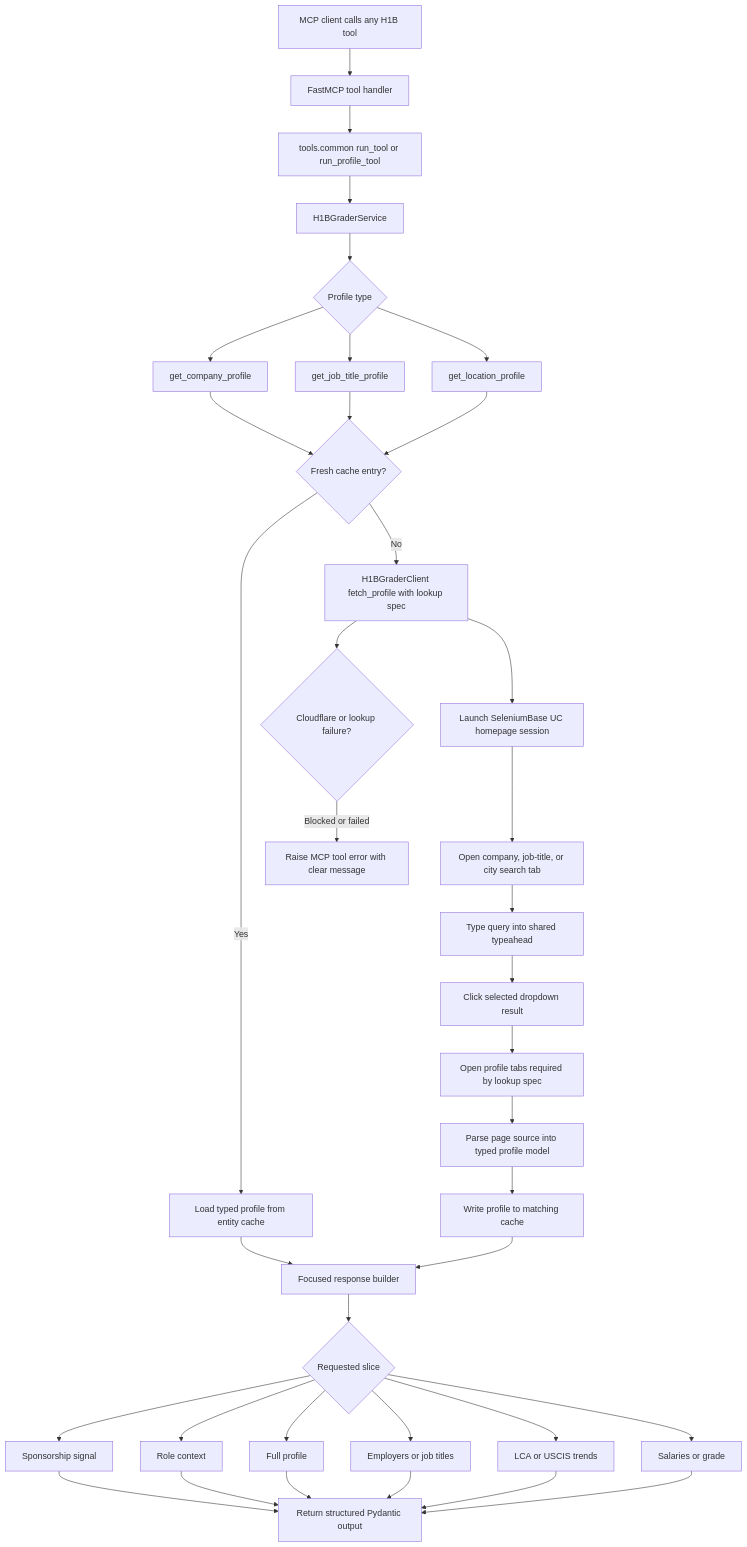
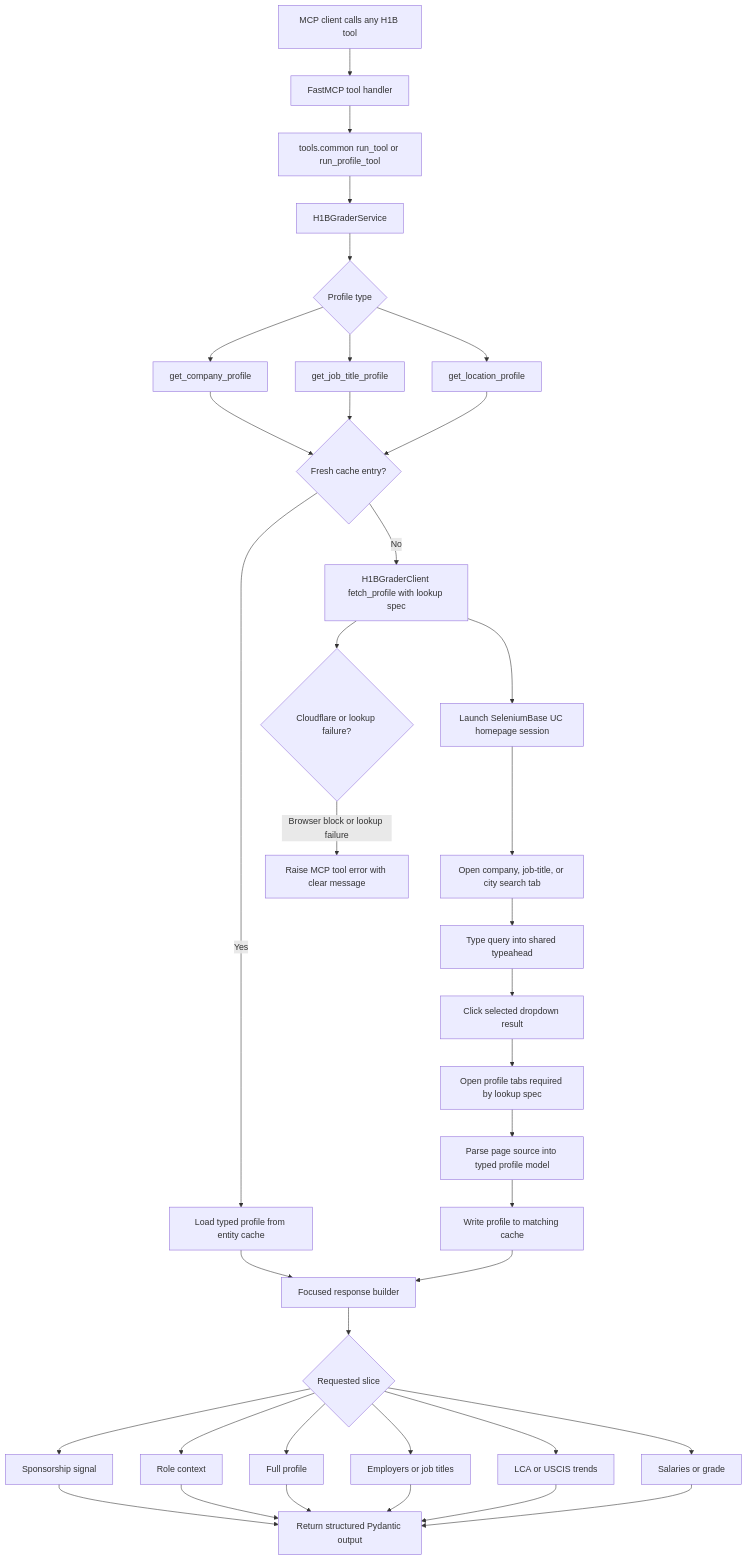
One commit to Blacksuan19/h1b-mcp changed the diagram in README.md. Above: the diagram before and after it, drawn with Mermaid. The commit also changed other lines of this file and 2 other files, not shown here.

First line of the commit message:
chore(response): drop Blocked response type

````diff
--- a/README.md
+++ b/README.md
@@ -518,47 +518,47 @@
 ```mermaid
 flowchart TD
     A[MCP client calls any H1B tool] --> B[FastMCP tool handler]
     B --> C[tools.common run_tool or run_profile_tool]
     C --> D[H1BGraderService]
 
     D --> E{Profile type}
     E --> F[get_company_profile]
     E --> G[get_job_title_profile]
     E --> H[get_location_profile]
 
     F --> I{Fresh cache entry?}
     G --> I
     H --> I
 
     I -->|Yes| J[Load typed profile from entity cache]
     I -->|No| K[H1BGraderClient fetch_profile with lookup spec]
 
     K --> L[Launch SeleniumBase UC homepage session]
     L --> M[Open company, job-title, or city search tab]
     M --> N[Type query into shared typeahead]
     N --> O[Click selected dropdown result]
     O --> P[Open profile tabs required by lookup spec]
     P --> Q[Parse page source into typed profile model]
     Q --> R[Write profile to matching cache]
 
     J --> S[Focused response builder]
     R --> S
 
     S --> T{Requested slice}
     T --> U[Sponsorship signal]
     T --> V[Role context]
     T --> W[Full profile]
     T --> X[Employers or job titles]
     T --> Y[LCA or USCIS trends]
     T --> Z[Salaries or grade]
 
     U --> AA[Return structured Pydantic output]
     V --> AA
     W --> AA
     X --> AA
     Y --> AA
     Z --> AA
 
     K --> AB{Cloudflare or lookup failure?}
-    AB -->|Blocked or failed| AC[Raise MCP tool error with clear message]
+    AB -->|Browser block or lookup failure| AC[Raise MCP tool error with clear message]
 ```
````
